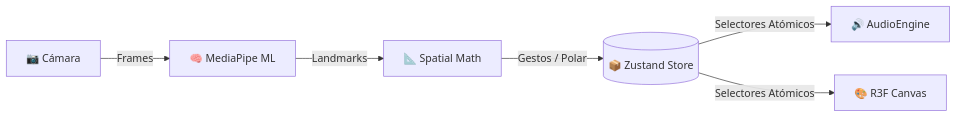
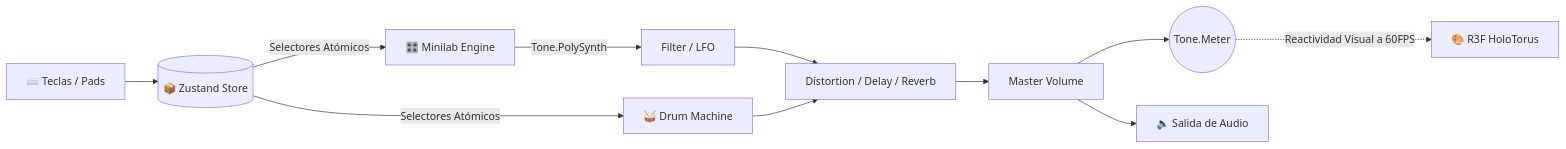
Before and after one commit to geoidegeoidal/HoloSynth: the diagram in README.md, drawn with Mermaid. The commit also changed other lines of this file and 17 other files, not shown here.

Commit message:
feat: implement Phase 2 & 4 - Minilab Engine and Audio-Reactive HoloTorus

````diff
--- a/README.md
+++ b/README.md
@@ -38,8 +33,15 @@
 ```mermaid
 graph LR
-  C[📷 Cámara] -->|Frames| M[🧠 MediaPipe ML]
-  M -->|Landmarks| S[📐 Spatial Math]
-  S -->|Gestos / Polar| Z[(📦 Zustand Store)]
-  Z -->|Selectores Atómicos| A[🔊 AudioEngine]
-  Z -->|Selectores Atómicos| R[🎨 R3F Canvas]
+  K[⌨️ Teclas / Pads] --> Z[(📦 Zustand Store)]
+  Z -->|Selectores Atómicos| M[🎛️ Minilab Engine]
+  Z -->|Selectores Atómicos| D[🥁 Drum Machine]
+  
+  M -->|Tone.PolySynth| F[Filter / LFO]
+  F --> FX[Distortion / Delay / Reverb]
+  D --> FX
+  FX --> VM[Master Volume]
+  
+  VM --> TM((Tone.Meter))
+  TM -.->|Reactividad Visual a 60FPS| R[🎨 R3F HoloTorus]
+  VM --> OUT[🔈 Salida de Audio]
 ```
````
